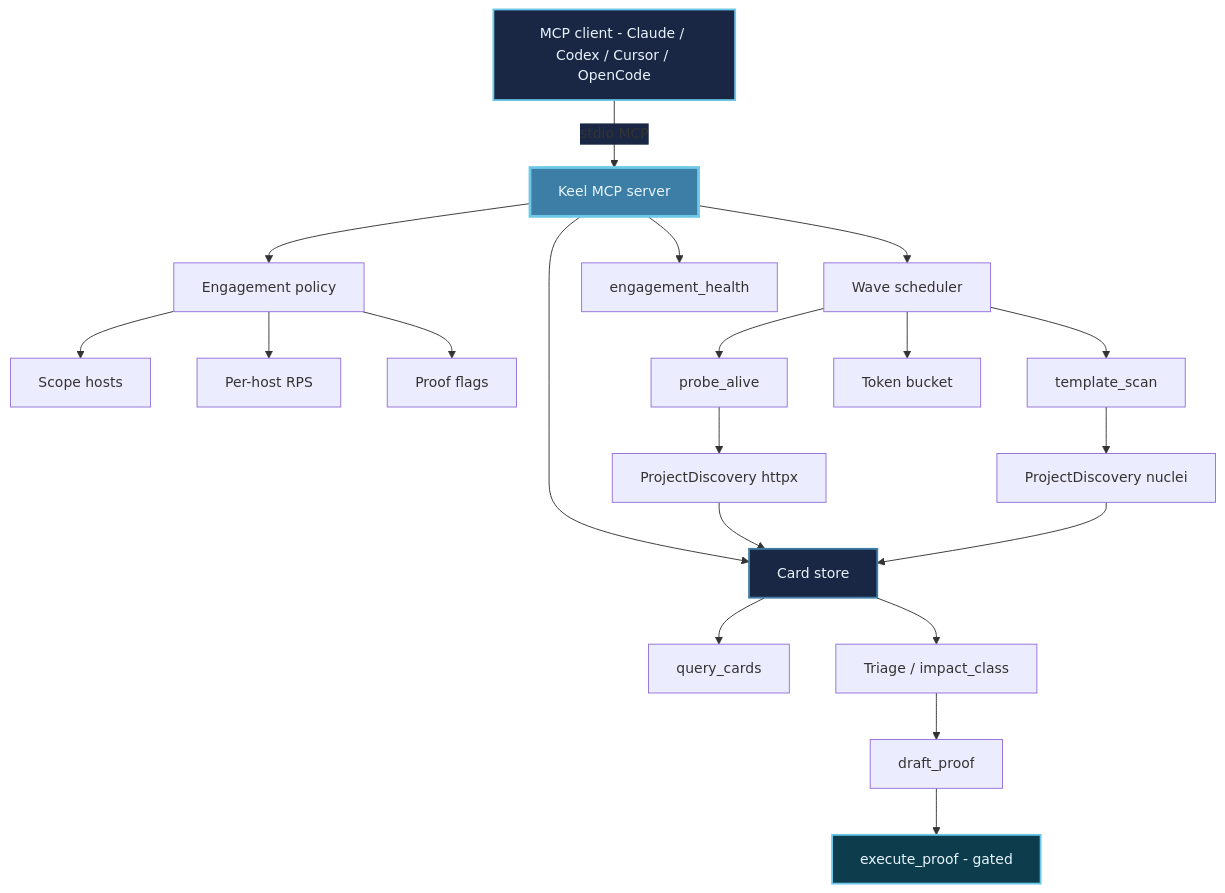
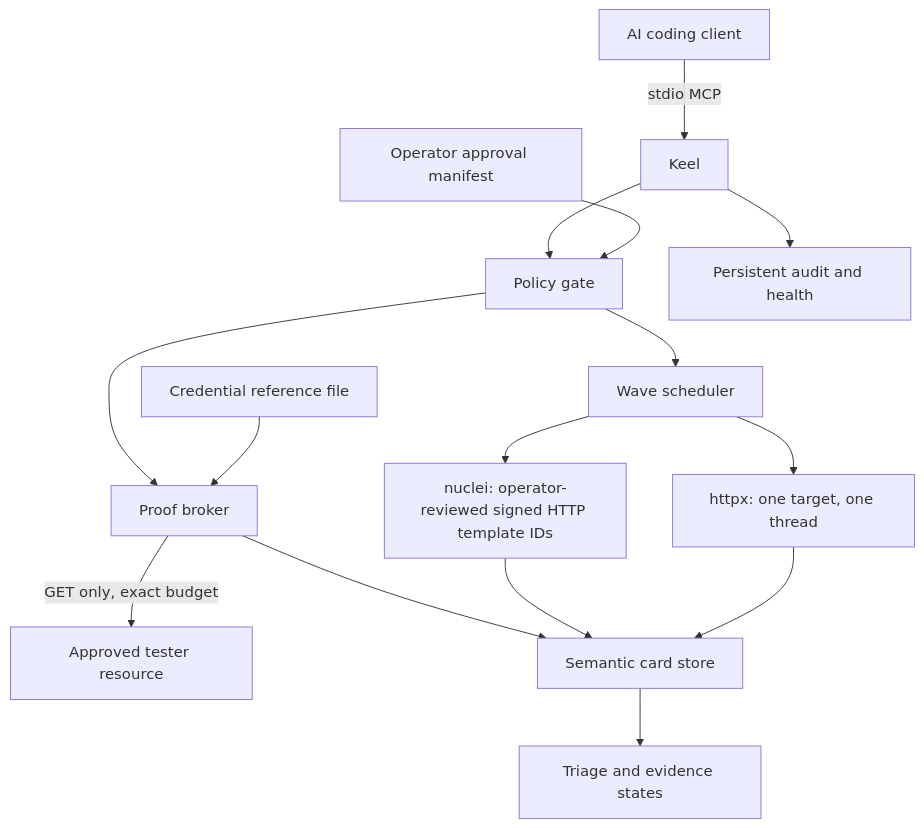
Before and after one commit to lutfizp/keel: the diagram in README.md, drawn with Mermaid. The commit also changed other lines of this file and 62 other files, not shown here.

````diff
--- a/README.md
+++ b/README.md
@@ -41,45 +43,17 @@
 ```mermaid
-%%{init: {"themeVariables": {
-  "primaryColor": "#1a2744",
-  "secondaryColor": "#3d7ea6",
-  "tertiaryColor": "#6ec8e8",
-  "background": "#0a0a0a",
-  "edgeLabelBackground":"#1a2744",
-  "fontFamily": "monospace",
-  "fontSize": "15px",
-  "fontColor": "#e8f4fc",
-  "nodeTextColor": "#e8f4fc"
-}}}%%
-graph TD
-    A[MCP client - Claude / Codex / Cursor / OpenCode] -->|stdio MCP| B[Keel MCP server]
-
-    B --> C[Engagement policy]
-    B --> D[Wave scheduler]
-    B --> E[Card store]
-
-    C --> F[Scope hosts]
-    C --> G[Per-host RPS]
-    C --> H[Proof flags]
-
-    D --> I[probe_alive]
-    D --> J[template_scan]
-    D --> K[Token bucket]
-
-    I --> L[ProjectDiscovery httpx]
-    J --> M[ProjectDiscovery nuclei]
-
-    L --> E
-    M --> E
-
-    E --> N[query_cards]
-    E --> O[Triage / impact_class]
-    O --> P[draft_proof]
-    P --> Q[execute_proof - gated]
-
-    B --> R[engagement_health]
-
-    style A fill:#1a2744,stroke:#6ec8e8,stroke-width:2px,color:#e8f4fc
-    style B fill:#3d7ea6,stroke:#6ec8e8,stroke-width:3px,color:#e8f4fc
-    style E fill:#1a2744,stroke:#3d7ea6,stroke-width:2px,color:#e8f4fc
-    style Q fill:#0d3d4d,stroke:#6ec8e8,stroke-width:2px,color:#e8f4fc
+flowchart TD
+    A[AI coding client] -->|stdio MCP| B[Keel]
+    O[Operator approval manifest] --> C[Policy gate]
+    V[Credential reference file] --> P[Proof broker]
+    B --> C
+    C --> W[Wave scheduler]
+    W --> H[httpx: one target, one thread]
+    W --> N[nuclei: operator-reviewed signed HTTP template IDs]
+    C --> P
+    P -->|GET only, exact budget| T[Approved tester resource]
+    H --> S[Semantic card store]
+    N --> S
+    P --> S
+    S --> Q[Triage and evidence states]
+    B --> L[Persistent audit and health]
 ```
````
